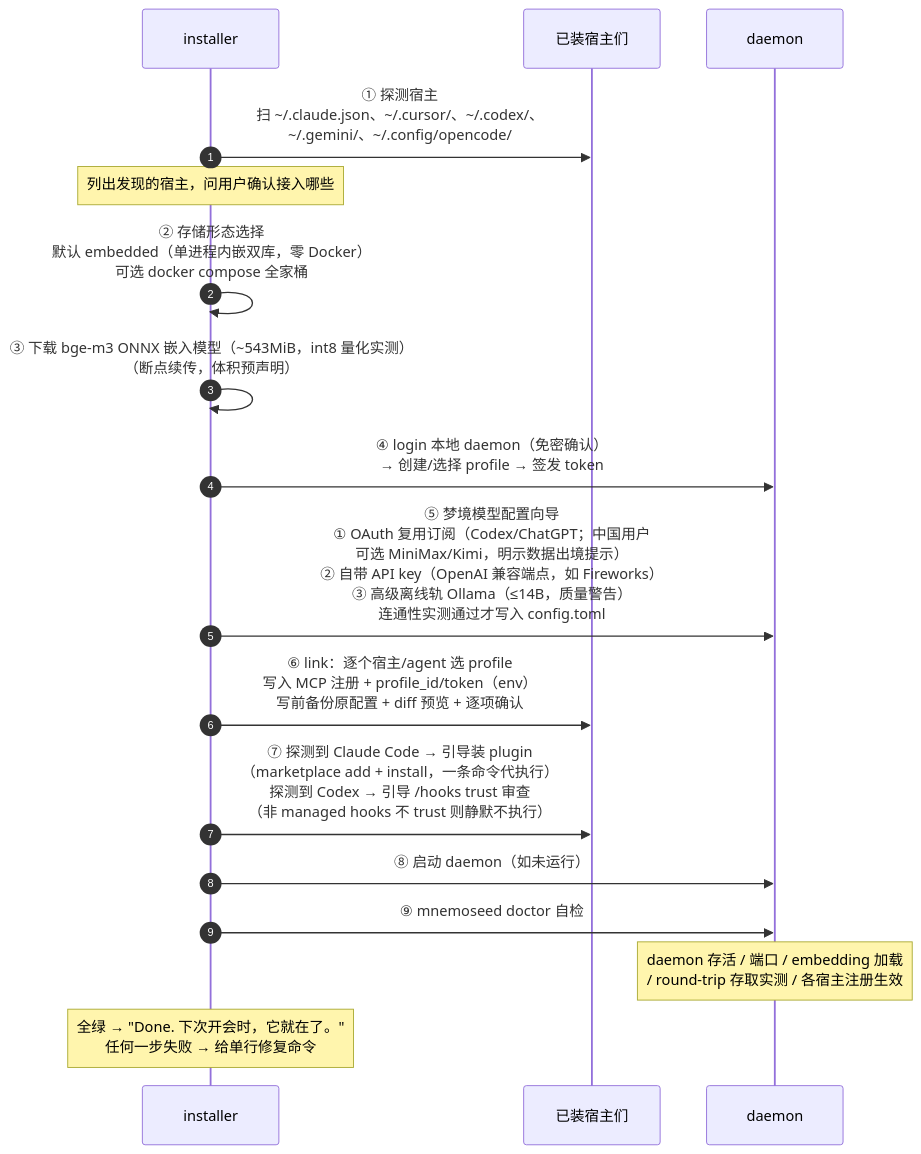
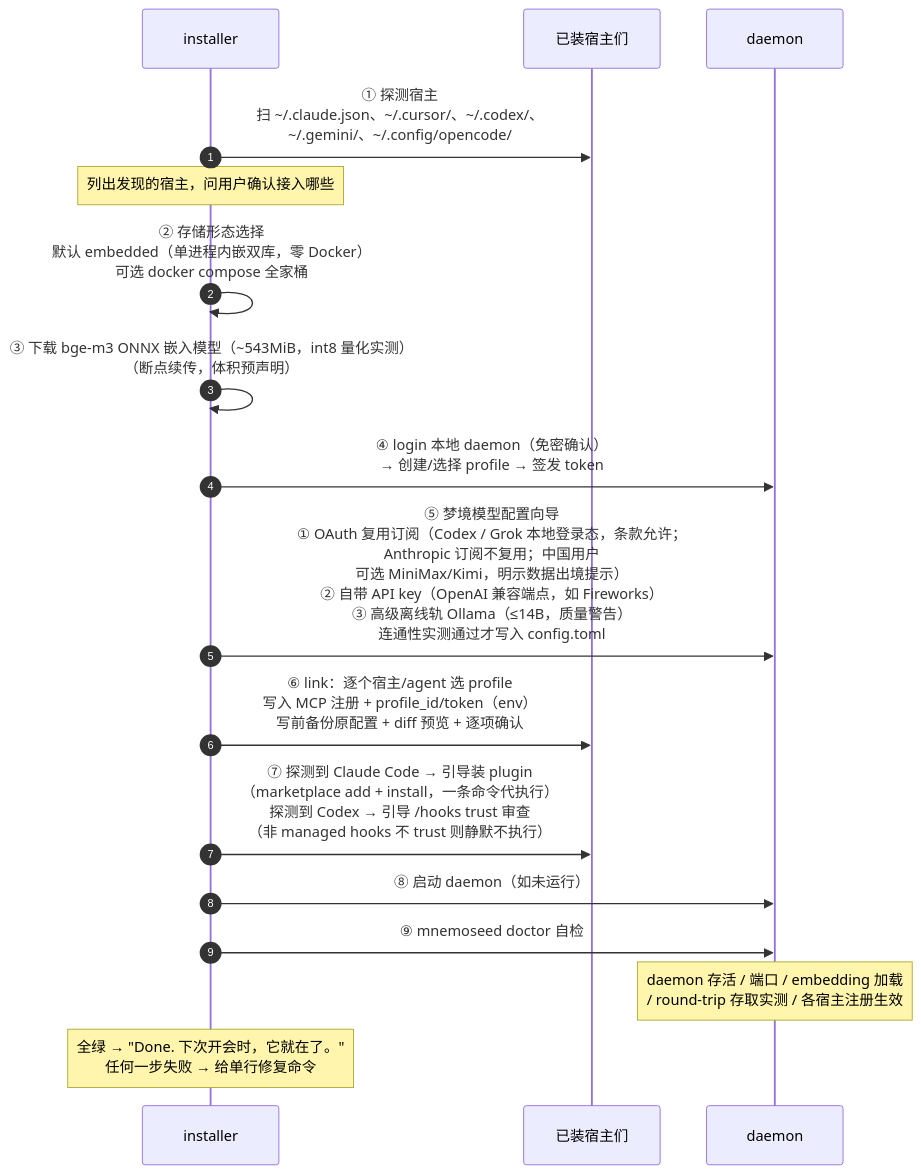
Before and after one commit to MnemoSeed/mnemoseed: the fourth of 5 diagrams in docs/zh/design/06-接入与安装体验.md, drawn with Mermaid. The commit also changed other lines of this file and 18 other files, not shown here.

````diff
--- a/docs/zh/design/06-接入与安装体验.md
+++ b/docs/zh/design/06-接入与安装体验.md
@@ -186,19 +186,19 @@
 ```mermaid
 sequenceDiagram
     autonumber
     participant I as installer
     participant H as 已装宿主们
     participant D as daemon
     I->>H: ① 探测宿主<br/>扫 ~/.claude.json、~/.cursor/、~/.codex/、<br/>~/.gemini/、~/.config/opencode/
     Note over I: 列出发现的宿主，问用户确认接入哪些
     I->>I: ② 存储形态选择<br/>默认 embedded（单进程内嵌双库，零 Docker）<br/>可选 docker compose 全家桶
     I->>I: ③ 下载 bge-m3 ONNX 嵌入模型（~543MiB，int8 量化实测）<br/>（断点续传，体积预声明）
     I->>D: ④ login 本地 daemon（免密确认）<br/>→ 创建/选择 profile → 签发 token
-    I->>D: ⑤ 梦境模型配置向导<br/>① OAuth 复用订阅（Codex/ChatGPT；中国用户<br/>可选 MiniMax/Kimi，明示数据出境提示）<br/>② 自带 API key（OpenAI 兼容端点，如 Fireworks）<br/>③ 高级离线轨 Ollama（≤14B，质量警告）<br/>连通性实测通过才写入 config.toml
+    I->>D: ⑤ 梦境模型配置向导<br/>① OAuth 复用订阅（Codex / Grok 本地登录态，条款允许；<br/>Anthropic 订阅不复用；中国用户<br/>可选 MiniMax/Kimi，明示数据出境提示）<br/>② 自带 API key（OpenAI 兼容端点，如 Fireworks）<br/>③ 高级离线轨 Ollama（≤14B，质量警告）<br/>连通性实测通过才写入 config.toml
     I->>H: ⑥ link：逐个宿主/agent 选 profile<br/>写入 MCP 注册 + profile_id/token（env）<br/>写前备份原配置 + diff 预览 + 逐项确认
     I->>H: ⑦ 探测到 Claude Code → 引导装 plugin<br/>（marketplace add + install，一条命令代执行）<br/>探测到 Codex → 引导 /hooks trust 审查<br/>（非 managed hooks 不 trust 则静默不执行）
     I->>D: ⑧ 启动 daemon（如未运行）
     I->>D: ⑨ mnemoseed doctor 自检
     Note over D: daemon 存活 / 端口 / embedding 加载<br/>/ round-trip 存取实测 / 各宿主注册生效
     Note over I: 全绿 → "Done. 下次开会时，它就在了。"<br/>任何一步失败 → 给单行修复命令
 ```
````
